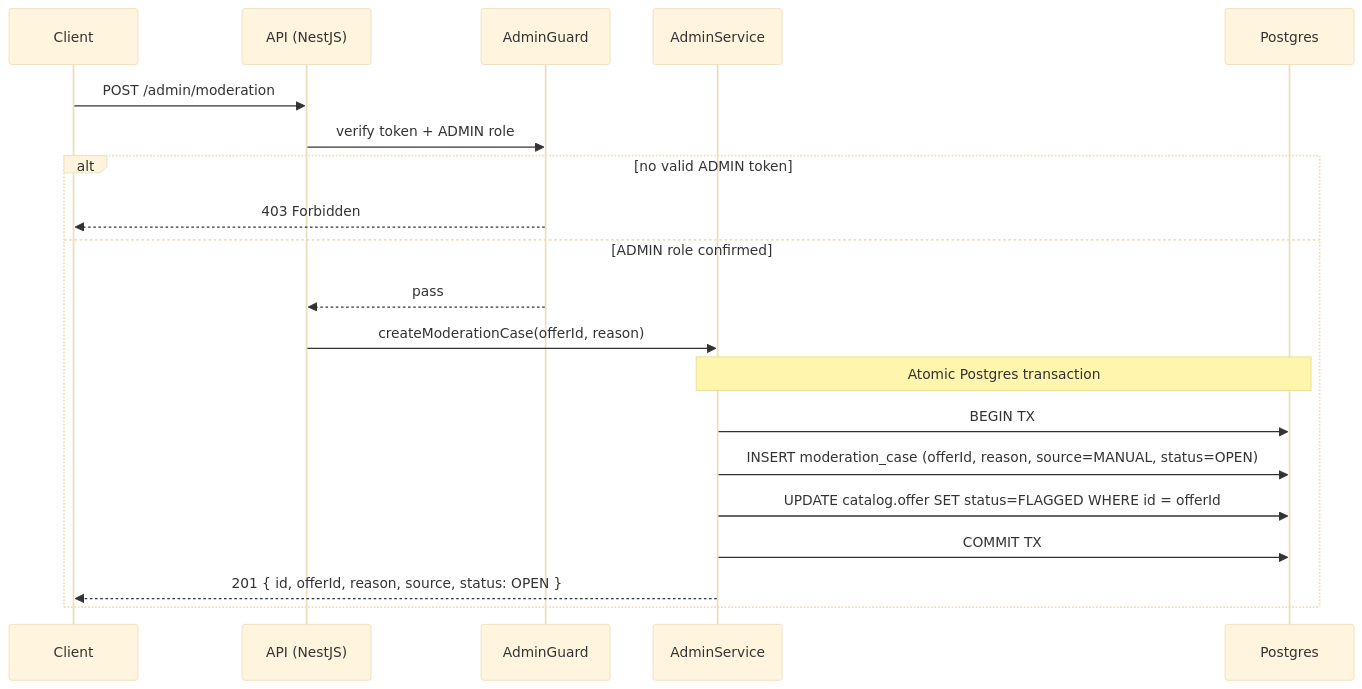
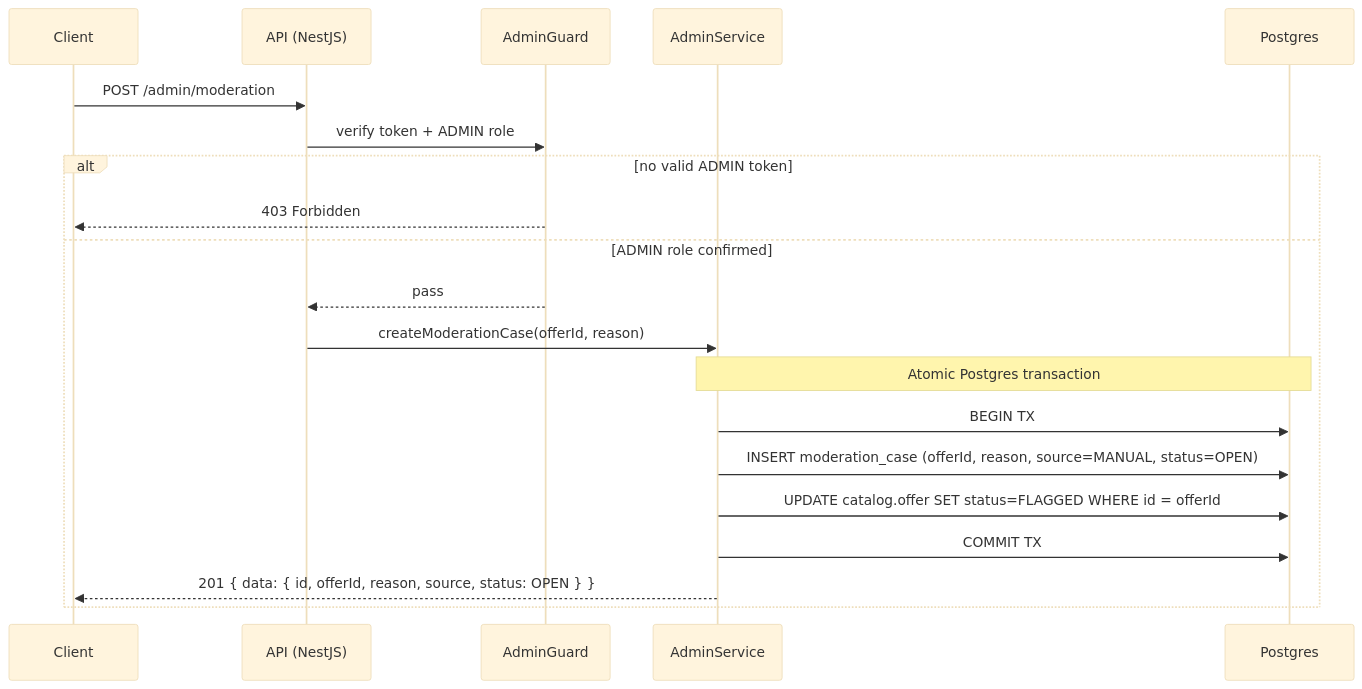
One commit to alisa-uthi/aliceut-ecom-document changed diagram 11 of 12 in phase-1/technical-design/api-design/admin.md. Above: the diagram before and after it, drawn with Mermaid (base theme). The commit also changed other lines of this file and 22 other files, not shown here.

````diff
--- a/phase-1/technical-design/api-design/admin.md
+++ b/phase-1/technical-design/api-design/admin.md
@@ -601,23 +605,23 @@
 ```mermaid
 sequenceDiagram
     participant C as Client
     participant API as API (NestJS)
     participant G as AdminGuard
     participant S as AdminService
     participant PG as Postgres
 
     C->>API: POST /admin/moderation
     API->>G: verify token + ADMIN role
     alt no valid ADMIN token
         G-->>C: 403 Forbidden
     else ADMIN role confirmed
         G-->>API: pass
         API->>S: createModerationCase(offerId, reason)
         Note over S,PG: Atomic Postgres transaction
         S->>PG: BEGIN TX
         S->>PG: INSERT moderation_case (offerId, reason, source=MANUAL, status=OPEN)
         S->>PG: UPDATE catalog.offer SET status=FLAGGED WHERE id = offerId
         S->>PG: COMMIT TX
-        S-->>C: 201 { id, offerId, reason, source, status: OPEN }
+        S-->>C: 201 { data: { id, offerId, reason, source, status: OPEN } }
     end
 ```
````
